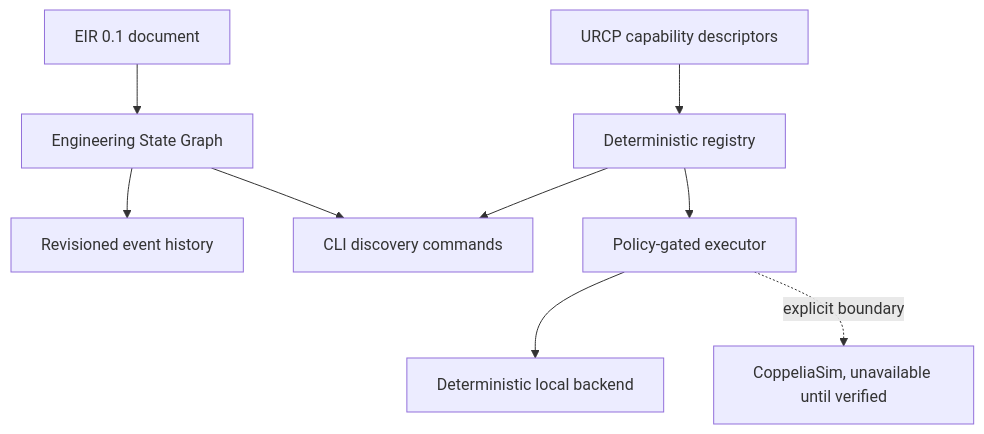
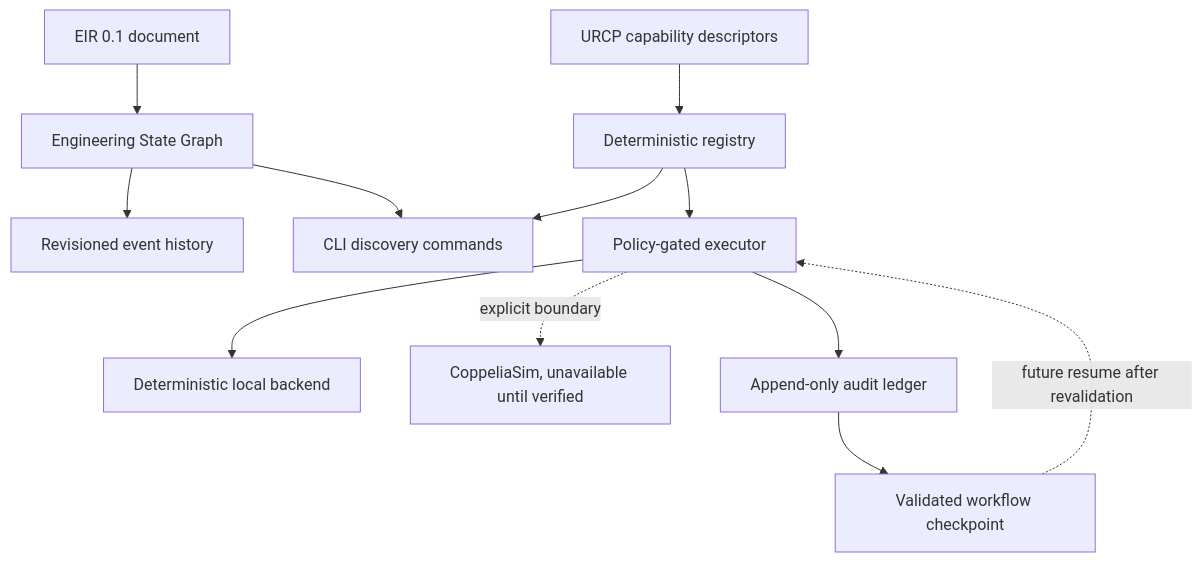
The diagram in code_review.md (Unstable-Kernel/MIRAGE), drawn with Mermaid before and after one commit. The commit also changed other lines of this file and 13 other files, not shown here.

Commit message:
feat: add execution ledger and workflow checkpoints

````diff
--- a/code_review.md
+++ b/code_review.md
@@ -9,11 +9,14 @@
 ```mermaid
 flowchart TD
     EIR[EIR 0.1 document] --> ESG[Engineering State Graph]
     ESG --> EVENTS[Revisioned event history]
     URCP[URCP capability descriptors] --> REG[Deterministic registry]
     REG --> CLI[CLI discovery commands]
     ESG --> CLI
     REG --> EXEC[Policy-gated executor]
     EXEC --> LOCAL[Deterministic local backend]
     EXEC -. explicit boundary .-> SIM[CoppeliaSim, unavailable until verified]
+    EXEC --> LEDGER[Append-only audit ledger]
+    LEDGER --> CHECKPOINT[Validated workflow checkpoint]
+    CHECKPOINT -. future resume after revalidation .-> EXEC
 ```
````
